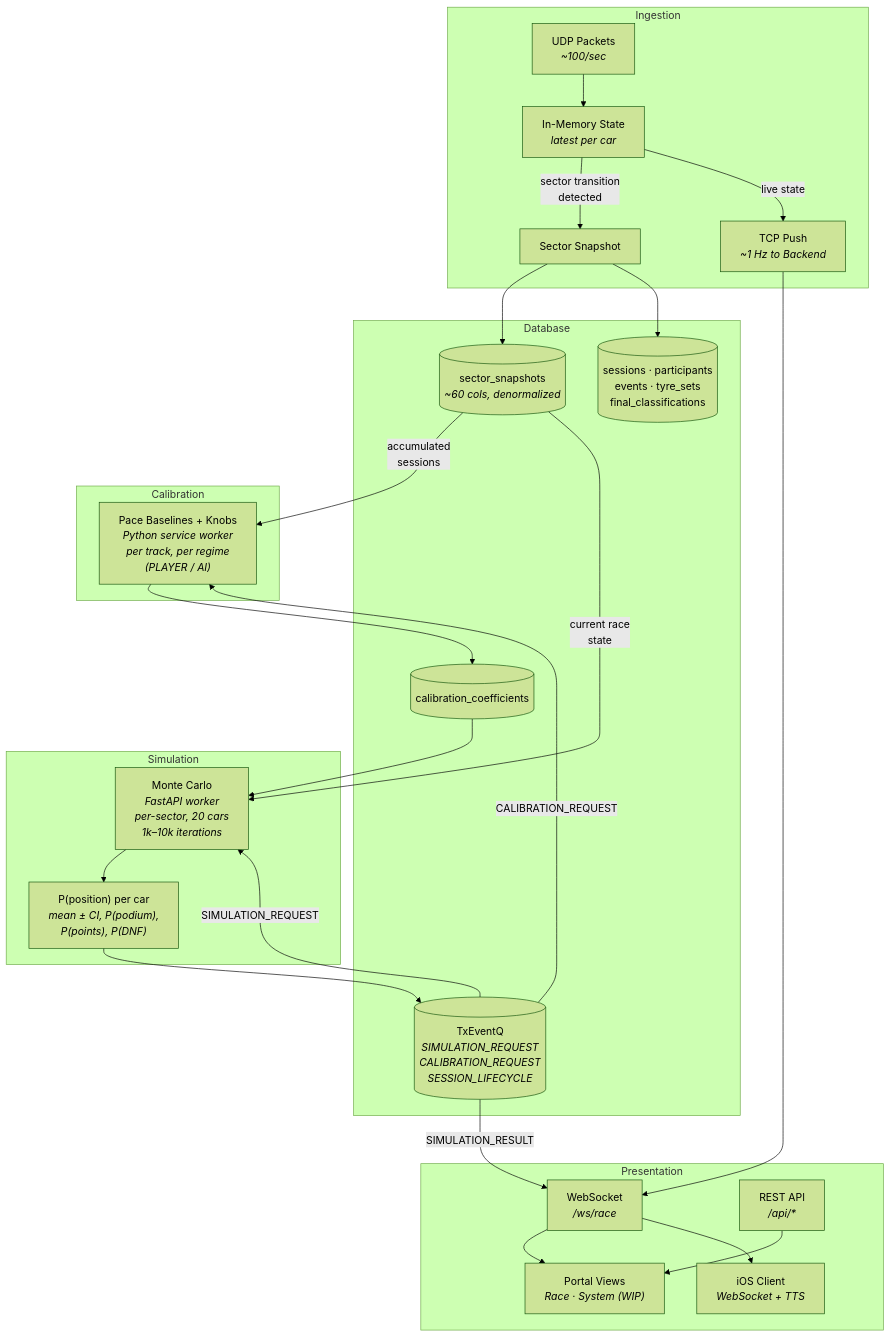
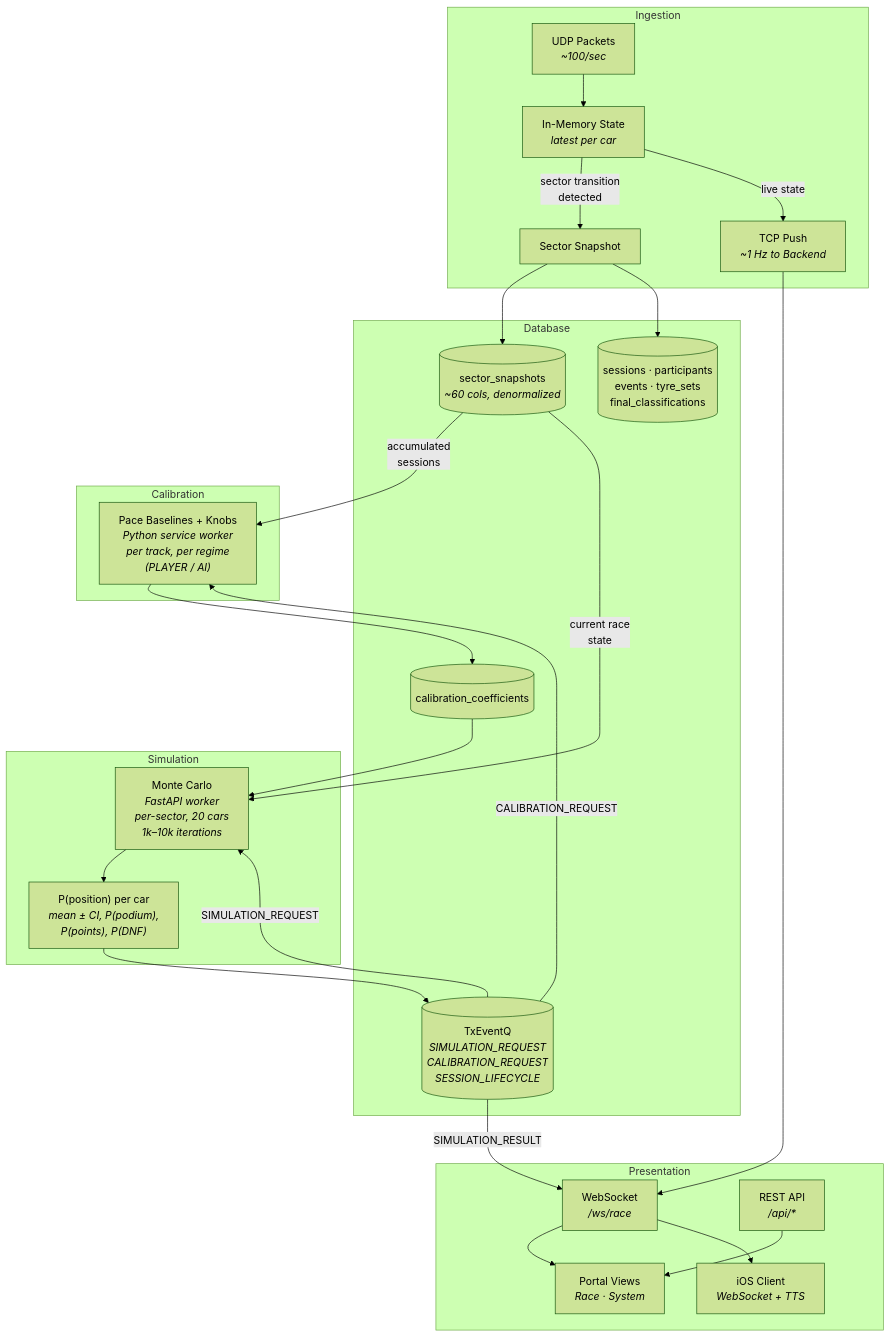
Before and after one commit to vmleon/f12025-race-strategy-simulation: the second of 2 diagrams in README.md, drawn with Mermaid (forest theme). The commit also changed other lines of this file and 8 other files, not shown here.

````diff
--- a/README.md
+++ b/README.md
@@ -43,51 +43,51 @@
 ```mermaid
 graph TD
     subgraph Ingestion
         UDP["UDP Packets<br/><i>~100/sec</i>"]
         Mem["In-Memory State<br/><i>latest per car</i>"]
         Snap["Sector Snapshot"]
         TCP["TCP Push<br/><i>~1 Hz to Backend</i>"]
         UDP --> Mem
         Mem -- "sector transition<br/>detected" --> Snap
         Mem -- "live state" --> TCP
     end
 
     subgraph Database
         SS[("sector_snapshots<br/><i>~60 cols, denormalized</i>")]
         CC[("calibration_coefficients")]
         Aux[("sessions · participants<br/>events · tyre_sets<br/>final_classifications")]
         Q[("TxEventQ<br/><i>SIMULATION_REQUEST<br/>CALIBRATION_REQUEST<br/>SESSION_LIFECYCLE</i>")]
     end
 
     subgraph Calibration
         Fit["Pace Baselines + Knobs<br/><i>Python service worker<br/>per track, per regime<br/>(PLAYER / AI)</i>"]
     end
 
     subgraph Simulation
         MC["Monte Carlo<br/><i>FastAPI worker<br/>per-sector, 20 cars<br/>1k–10k iterations</i>"]
         Out["P(position) per car<br/><i>mean ± CI, P(podium),<br/>P(points), P(DNF)</i>"]
         MC --> Out
     end
 
     subgraph Presentation
         WS["WebSocket<br/><i>/ws/race</i>"]
         REST["REST API<br/><i>/api/*</i>"]
-        Views["Portal Views<br/><i>Race · System (WIP)</i>"]
+        Views["Portal Views<br/><i>Race · System</i>"]
         iOS["iOS Client<br/><i>WebSocket + TTS</i>"]
         WS --> Views
         WS --> iOS
         REST --> Views
     end
 
     Snap --> SS
     Snap --> Aux
     TCP --> WS
     Q -- "CALIBRATION_REQUEST" --> Fit
     SS -- "accumulated<br/>sessions" --> Fit
     Fit --> CC
     Q -- "SIMULATION_REQUEST" --> MC
     CC --> MC
     SS -- "current race<br/>state" --> MC
     Out --> Q
     Q -- "SIMULATION_RESULT" --> WS
 ```
````
